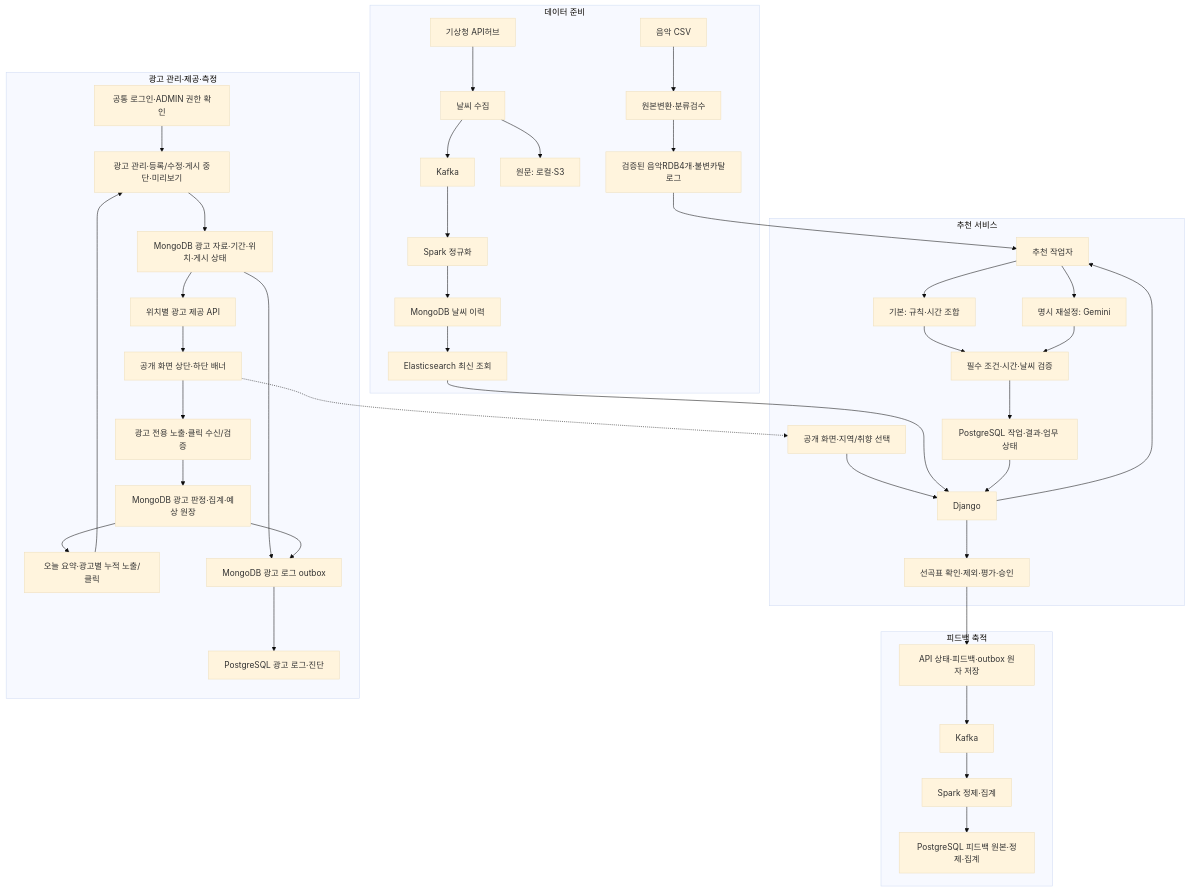
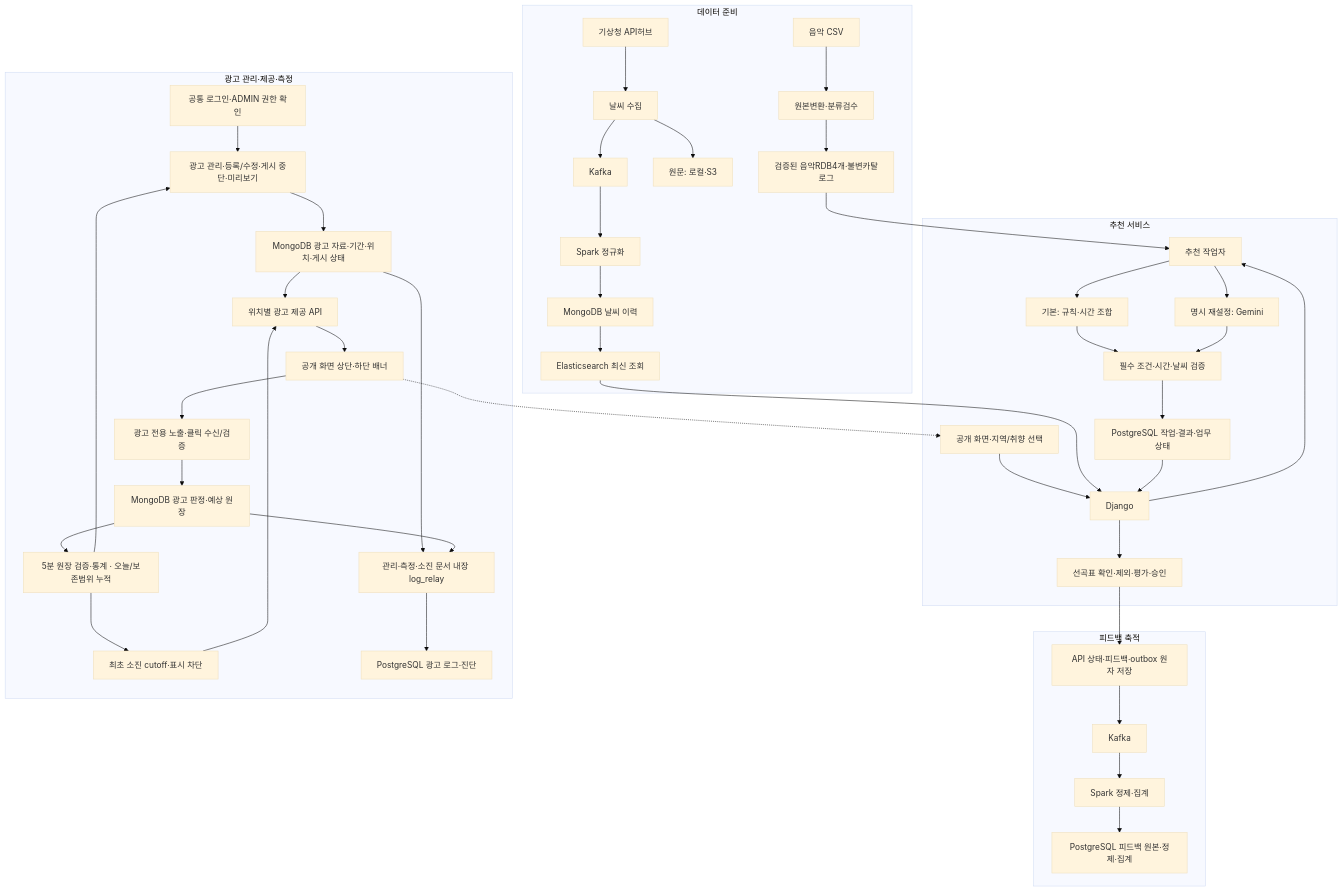
The diagram in README.md (encore-ai-campus/mlo-01-p3-team1), drawn with Mermaid (base theme) before and after one commit. The commit also changed other lines of this file and 216 other files, not shown here.

````diff
--- a/README.md
+++ b/README.md
@@ -65,46 +65,48 @@
 ```mermaid
 flowchart TB
     subgraph DATA[데이터 준비]
         CSV[음악 CSV] --> REVIEW[원본변환·분류검수]
         REVIEW --> MUSIC[검증된 음악RDB4개·불변카탈로그]
         KMA[기상청 API허브] --> COLLECT[날씨 수집]
         COLLECT --> RAW[원문: 로컬·S3]
         COLLECT --> WK[Kafka]
         WK --> WS[Spark 정규화]
         WS --> MONGO[MongoDB 날씨 이력]
         MONGO --> ES[Elasticsearch 최신 조회]
     end
     subgraph SERVICE[추천 서비스]
         WEB[공개 화면·지역/취향 선택] --> API[Django]
         ES --> API
         API --> WORKER[추천 작업자]
         MUSIC --> WORKER
         WORKER --> RULE[기본: 규칙·시간 조합]
         WORKER --> GEMINI[명시 재설정: Gemini]
         RULE --> CHECK[필수 조건·시간·날씨 검증]
         GEMINI --> CHECK
         CHECK --> DB[PostgreSQL 작업·결과·업무 상태]
         DB --> API
         API --> RESULT[선곡표 확인·제외·평가·승인]
     end
     subgraph FEEDBACK[피드백 축적]
         RESULT --> SAVE[API 상태·피드백·outbox 원자 저장]
         SAVE --> FK[Kafka]
         FK --> FS[Spark 정제·집계]
         FS --> LOGDB[PostgreSQL 피드백 원본·정제·집계]
     end
     subgraph ADS[광고 관리·제공·측정]
         LOGIN[공통 로그인·ADMIN 권한 확인] --> ADADMIN[광고 관리·등록/수정·게시 중단·미리보기]
         ADADMIN --> ADSTORE[MongoDB 광고 자료·기간·위치·게시 상태]
         ADSTORE --> DELIVERY[위치별 광고 제공 API]
         DELIVERY --> BANNERS[공개 화면 상단·하단 배너]
         BANNERS --> ADEVENT[광고 전용 노출·클릭 수신/검증]
-        ADEVENT --> ADMETRICS[MongoDB 광고 판정·집계·예상 원장]
-        ADMETRICS --> ADSTATS[오늘 요약·광고별 누적 노출/클릭]
+        ADEVENT --> ADMETRICS[MongoDB 광고 판정·예상 원장]
+        ADMETRICS --> ADSTATS[5분 원장 검증·통계 · 오늘/보존범위 누적]
+        ADSTATS --> ADBUDGET[최초 소진 cutoff·표시 차단]
+        ADBUDGET --> DELIVERY
         ADSTATS --> ADADMIN
-        ADSTORE --> ADOUTBOX[MongoDB 광고 로그 outbox]
+        ADSTORE --> ADOUTBOX[관리·측정·소진 문서 내장 log_relay]
         ADMETRICS --> ADOUTBOX
         ADOUTBOX --> ADLOG[PostgreSQL 광고 로그·진단]
     end
     BANNERS -.-> WEB
 ```
````
